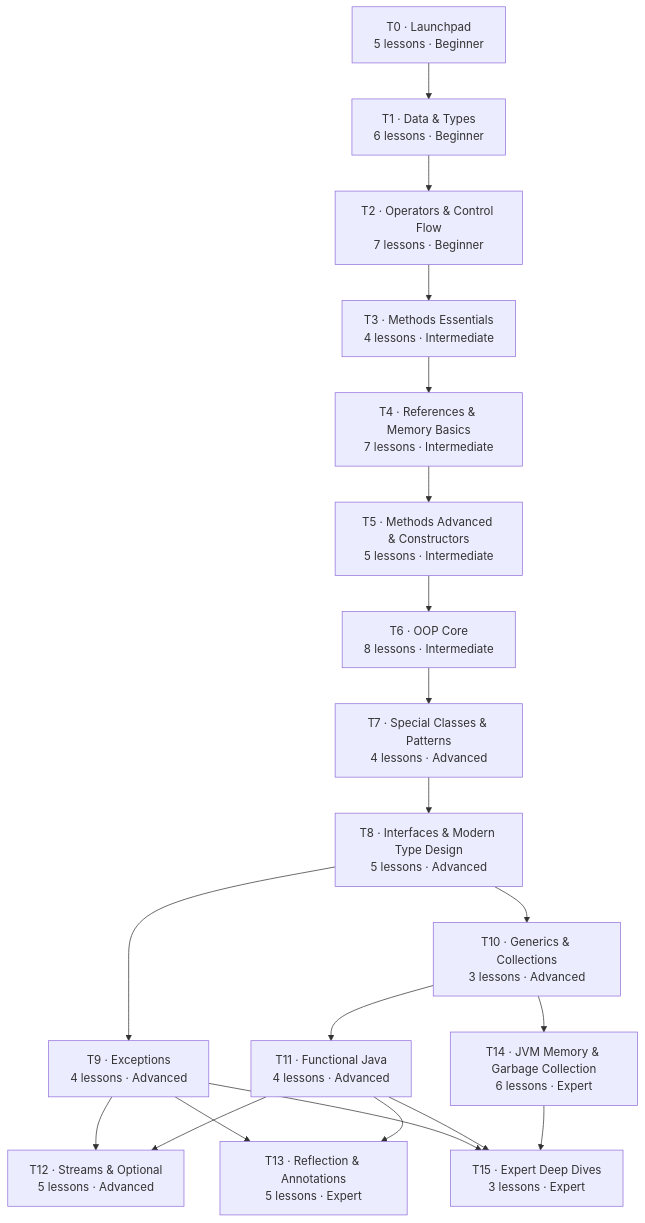
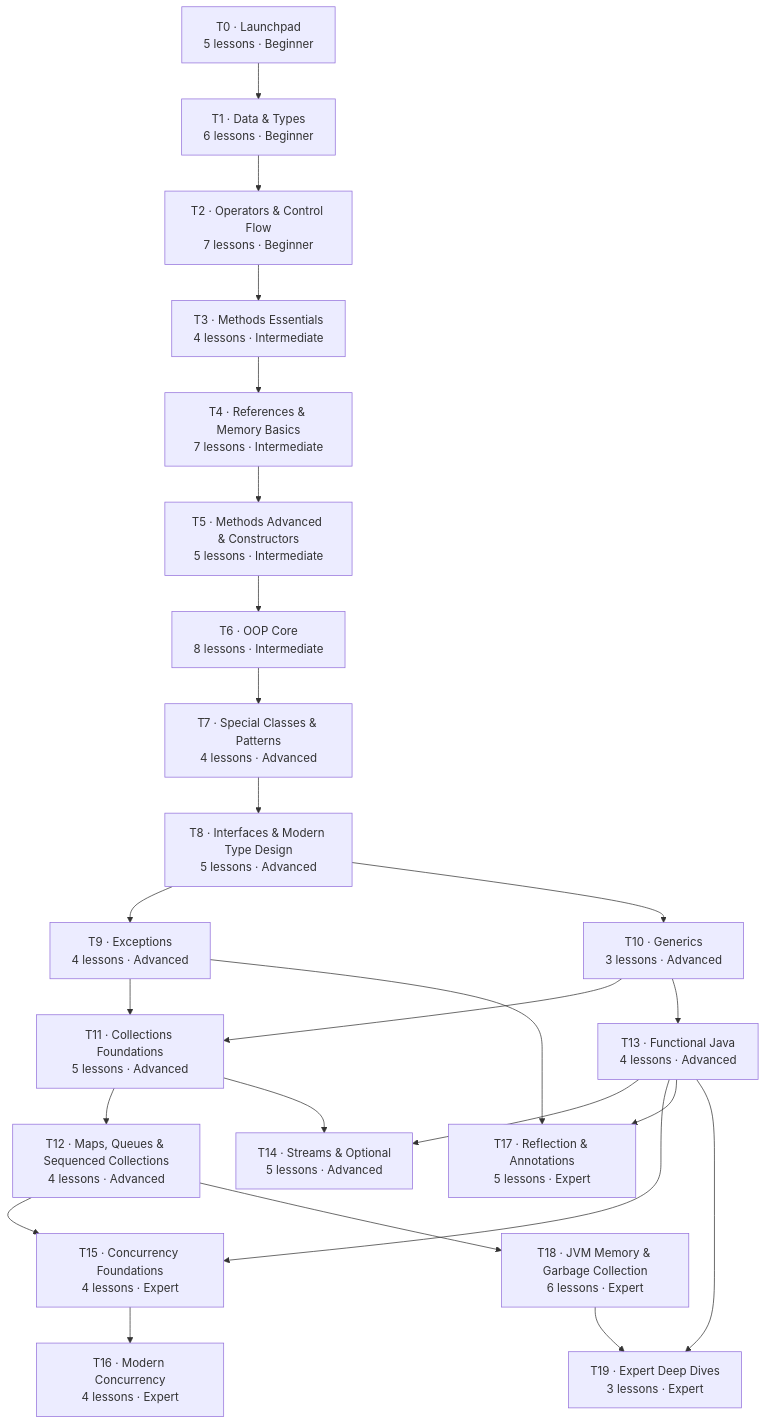
The diagram in project-plan/CURRICULUM.md (Gaurvendra/Notes), drawn with Mermaid before and after one commit. The commit also changed other lines of this file and 5 other files, not shown here.

First line of the commit message:
Apply plan approval: curriculum v3 with full collections and concurrency

````diff
--- a/project-plan/CURRICULUM.md
+++ b/project-plan/CURRICULUM.md
@@ -65,38 +68,47 @@
 ```mermaid
 flowchart TD
   T0["T0 · Launchpad<br/>5 lessons · Beginner"]
   T1["T1 · Data & Types<br/>6 lessons · Beginner"]
   T2["T2 · Operators & Control Flow<br/>7 lessons · Beginner"]
   T3["T3 · Methods Essentials<br/>4 lessons · Intermediate"]
   T4["T4 · References & Memory Basics<br/>7 lessons · Intermediate"]
   T5["T5 · Methods Advanced & Constructors<br/>5 lessons · Intermediate"]
   T6["T6 · OOP Core<br/>8 lessons · Intermediate"]
   T7["T7 · Special Classes & Patterns<br/>4 lessons · Advanced"]
   T8["T8 · Interfaces & Modern Type Design<br/>5 lessons · Advanced"]
   T9["T9 · Exceptions<br/>4 lessons · Advanced"]
-  T10["T10 · Generics & Collections<br/>3 lessons · Advanced"]
-  T11["T11 · Functional Java<br/>4 lessons · Advanced"]
-  T12["T12 · Streams & Optional<br/>5 lessons · Advanced"]
-  T13["T13 · Reflection & Annotations<br/>5 lessons · Expert"]
-  T14["T14 · JVM Memory & Garbage Collection<br/>6 lessons · Expert"]
-  T15["T15 · Expert Deep Dives<br/>3 lessons · Expert"]
+  T10["T10 · Generics<br/>3 lessons · Advanced"]
+  T11["T11 · Collections Foundations<br/>5 lessons · Advanced"]
+  T12["T12 · Maps, Queues & Sequenced Collections<br/>4 lessons · Advanced"]
+  T13["T13 · Functional Java<br/>4 lessons · Advanced"]
+  T14["T14 · Streams & Optional<br/>5 lessons · Advanced"]
+  T15["T15 · Concurrency Foundations<br/>4 lessons · Expert"]
+  T16["T16 · Modern Concurrency<br/>4 lessons · Expert"]
+  T17["T17 · Reflection & Annotations<br/>5 lessons · Expert"]
+  T18["T18 · JVM Memory & Garbage Collection<br/>6 lessons · Expert"]
+  T19["T19 · Expert Deep Dives<br/>3 lessons · Expert"]
   T0 --> T1
   T1 --> T2
   T2 --> T3
   T3 --> T4
   T4 --> T5
   T5 --> T6
   T6 --> T7
   T7 --> T8
   T8 --> T9
   T8 --> T10
-  T9 --> T12
-  T9 --> T13
-  T9 --> T15
+  T9 --> T11
+  T9 --> T17
   T10 --> T11
-  T10 --> T14
+  T10 --> T13
   T11 --> T12
-  T11 --> T13
-  T11 --> T15
-  T14 --> T15
+  T11 --> T14
+  T12 --> T15
+  T12 --> T18
+  T13 --> T14
+  T13 --> T15
+  T13 --> T17
+  T13 --> T19
+  T15 --> T16
+  T18 --> T19
 ```
````
